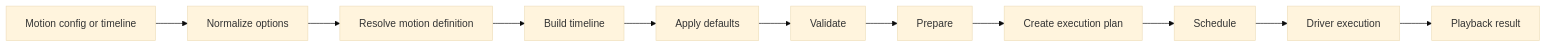
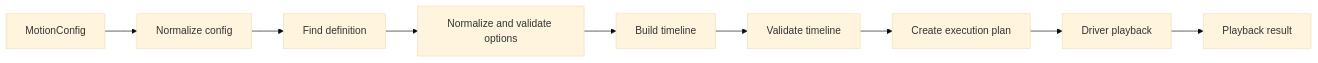
Before and after one commit to MoaazKHASSAWNEH/tiqlyne: the diagram in website/docs/architecture/execution-pipeline.md, drawn with Mermaid (base theme). The commit also changed other lines of this file and 12 other files, not shown here.

````diff
--- a/website/docs/architecture/execution-pipeline.md
+++ b/website/docs/architecture/execution-pipeline.md
@@ -9,13 +9,11 @@
 ```mermaid
 flowchart LR
-  Config["Motion config or timeline"] --> Normalize["Normalize options"]
-  Normalize --> Resolve["Resolve motion definition"]
-  Resolve --> Build["Build timeline"]
-  Build --> Defaults["Apply defaults"]
-  Defaults --> Validate["Validate"]
-  Validate --> Prepare["Prepare"]
-  Prepare --> Plan["Create execution plan"]
-  Plan --> Schedule["Schedule"]
-  Schedule --> Driver["Driver execution"]
+  Config["MotionConfig"] --> Normalize["Normalize config"]
+  Normalize --> Resolve["Find definition"]
+  Resolve --> Options["Normalize and validate options"]
+  Options --> Build["Build timeline"]
+  Build --> Validate["Validate timeline"]
+  Validate --> Plan["Create execution plan"]
+  Plan --> Driver["Driver playback"]
   Driver --> Result["Playback result"]
 ```
````
